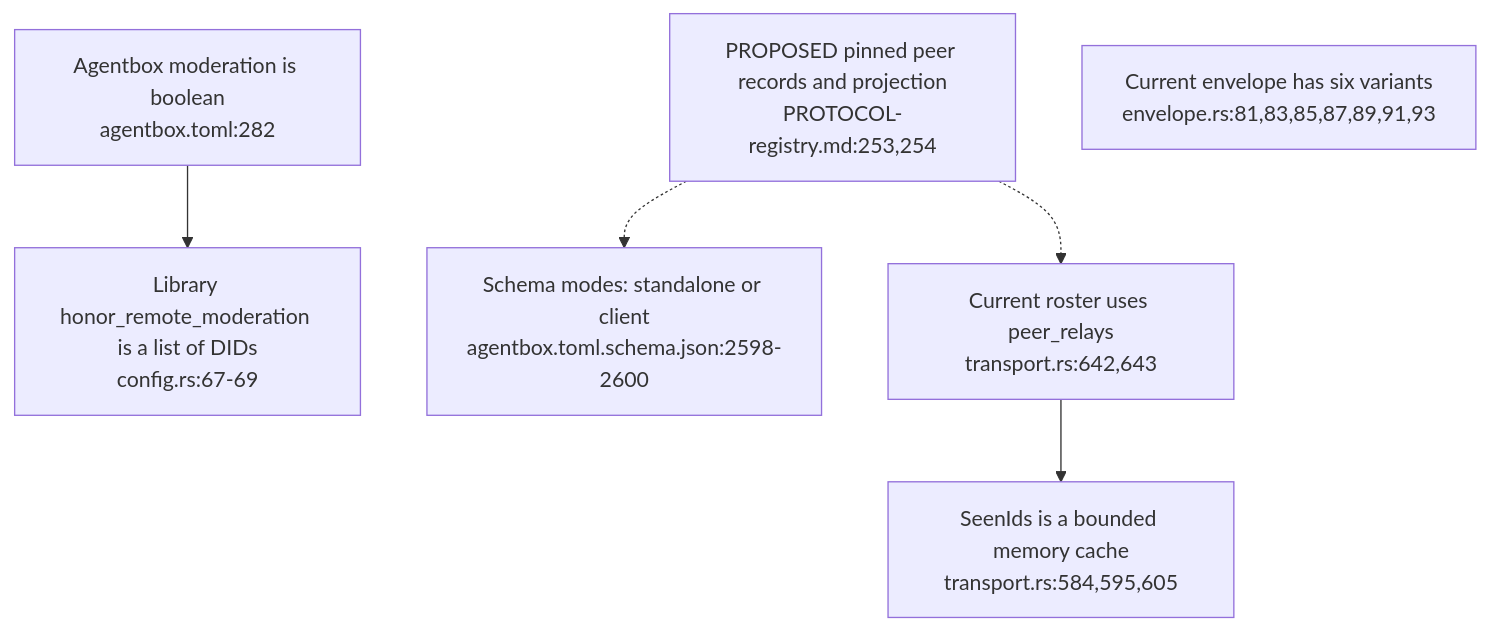
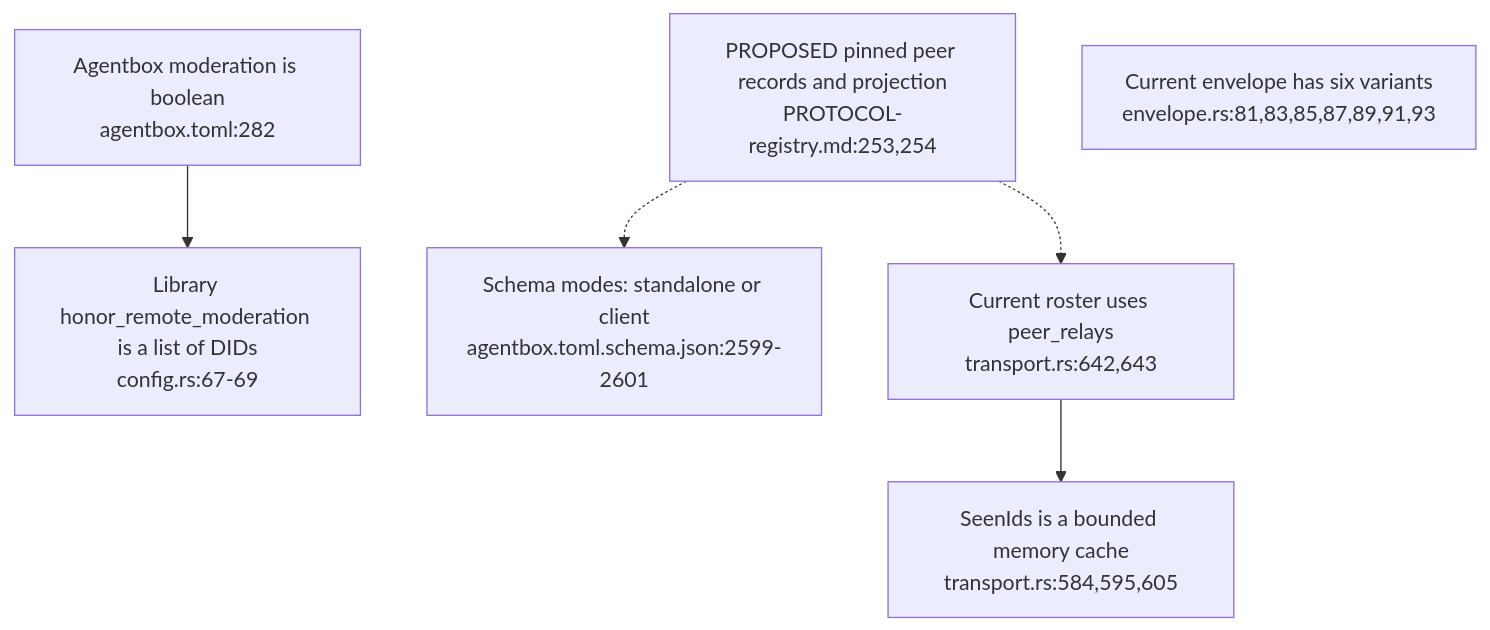
Before and after one commit to DreamLab-AI/VisionFlow: the first of 4 diagrams in docs/diagrams/agentbox/37-mesh-signer-and-recovery.md, drawn with Mermaid. The commit also changed other lines of this file and 17 other files, not shown here.

````diff
--- a/docs/diagrams/agentbox/37-mesh-signer-and-recovery.md
+++ b/docs/diagrams/agentbox/37-mesh-signer-and-recovery.md
@@ -34,9 +34,9 @@
 ```mermaid
 flowchart TD
     MAN["Agentbox moderation is boolean<br/>agentbox.toml:282"] --> FAIL["Library honor_remote_moderation is a list of DIDs<br/>config.rs:67-69"]
-    SCHEMA["Schema modes: standalone or client<br/>agentbox.toml.schema.json:2598-2600"]
+    SCHEMA["Schema modes: standalone or client<br/>agentbox.toml.schema.json:2599-2601"]
     PEERS["PROPOSED pinned peer records and projection<br/>PROTOCOL-registry.md:253,254"] -.-> SCHEMA
     PEERS -.-> LIB["Current roster uses peer_relays<br/>transport.rs:642,643"]
     LIB --> CACHE["SeenIds is a bounded memory cache<br/>transport.rs:584,595,605"]
     TYPES["Current envelope has six variants<br/>envelope.rs:81,83,85,87,89,91,93"]
 ```
````
